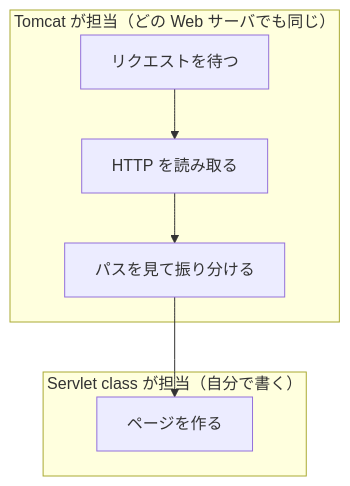
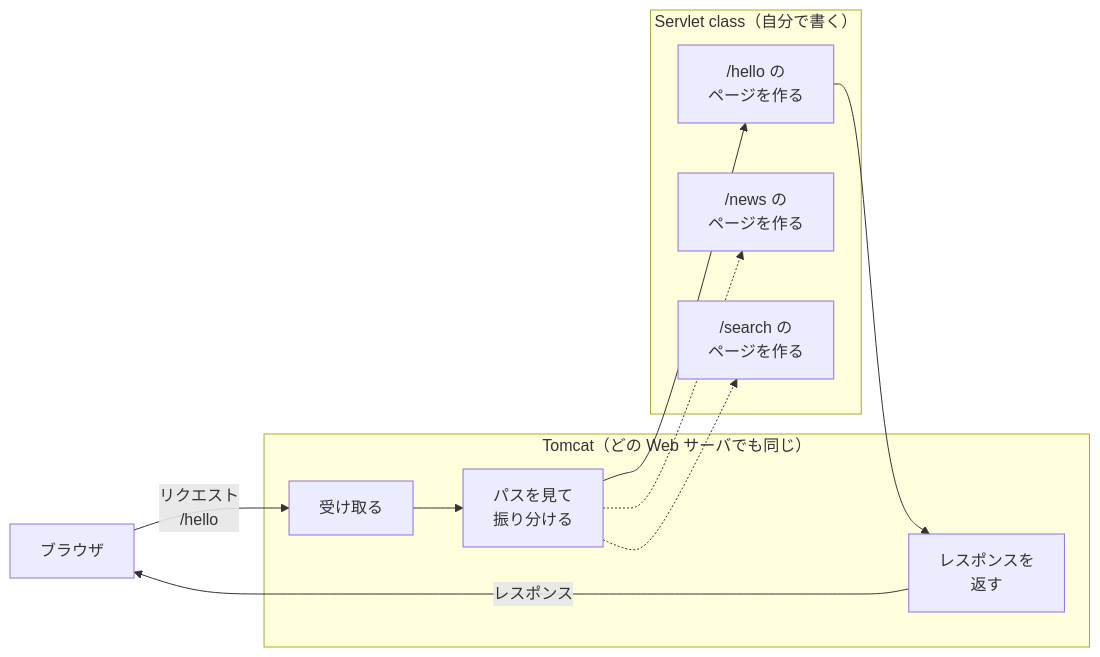
The diagram in servlet/02-servlet-and-tomcat/01-java-web-server.md (Appricot144/teaching-material), drawn with Mermaid before and after one commit. The commit also changed other lines of this file and 3 other files, not shown here.

````diff
--- a/servlet/02-servlet-and-tomcat/01-java-web-server.md
+++ b/servlet/02-servlet-and-tomcat/01-java-web-server.md
@@ -61,10 +61,18 @@
 ```mermaid
-flowchart TB
-    subgraph T["Tomcat が担当（どの Web サーバでも同じ）"]
-        A["リクエストを待つ"] --> B["HTTP を読み取る"] --> C["パスを見て振り分ける"]
+flowchart LR
+    B["ブラウザ"] -- "リクエスト<br/>/hello" --> A
+    subgraph T["Tomcat（どの Web サーバでも同じ）"]
+        A["受け取る"] --> C["パスを見て<br/>振り分ける"]
+        W["レスポンスを<br/>返す"]
     end
-    subgraph S["Servlet class が担当（自分で書く）"]
-        D["ページを作る"]
+    subgraph S["Servlet class（自分で書く）"]
+        S1["/hello の<br/>ページを作る"]
+        S2["/news の<br/>ページを作る"]
+        S3["/search の<br/>ページを作る"]
     end
-    C --> D
+    C --> S1
+    C -.-> S2
+    C -.-> S3
+    S1 --> W
+    W -- レスポンス --> B
 ```
````
